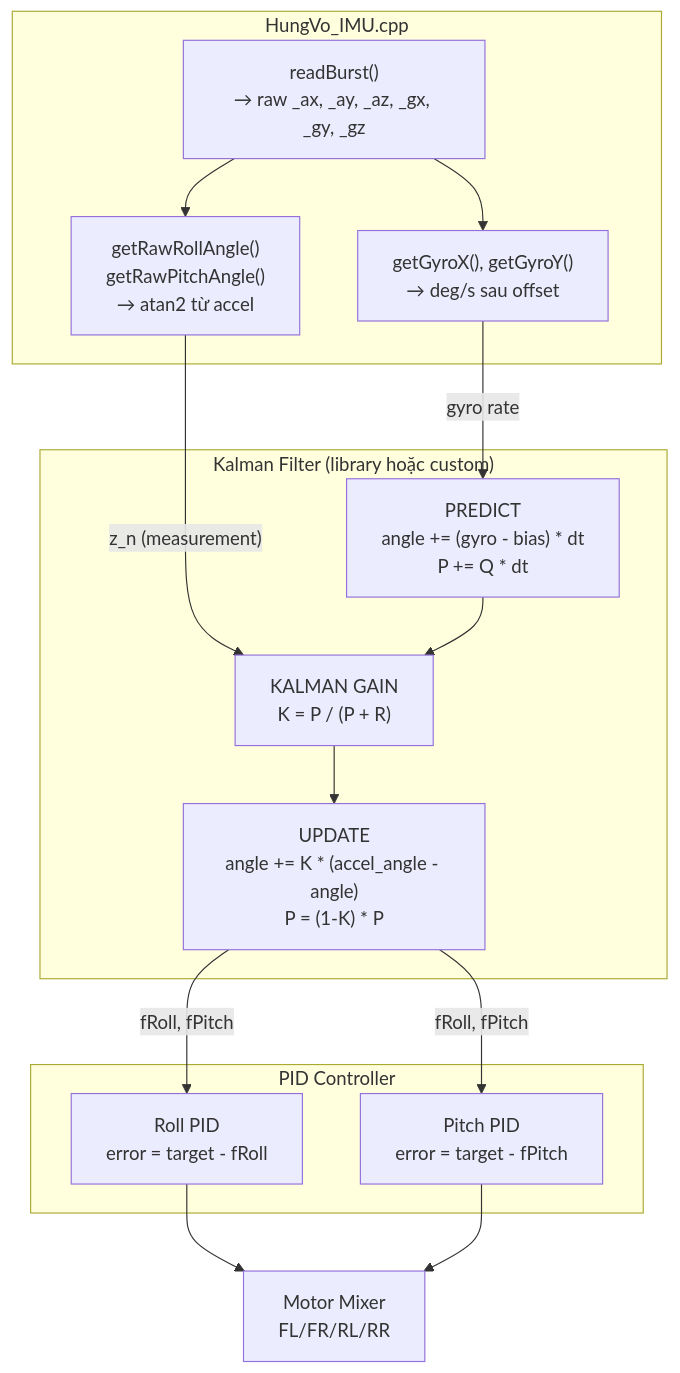
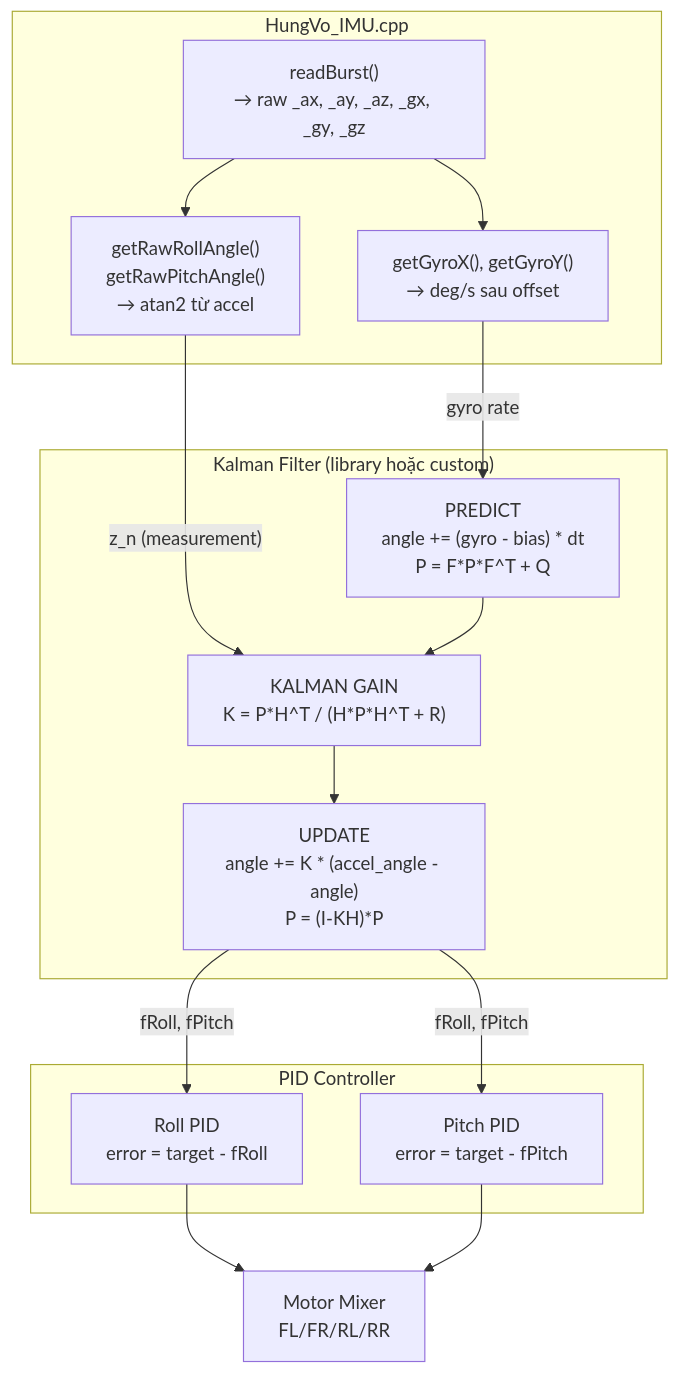
One commit to chinart123/ESP32-Quadcopter changed the tenth of 10 diagrams in docs/M3-docs/Kalman_filter_research-v2.md. Above: the diagram before and after it, drawn with Mermaid. The commit also changed other lines of this file, not shown here.

Commit message:
docs: fix diagram by replacing complex digram by .svg code

````diff
--- a/docs/M3-docs/Kalman_filter_research-v2.md
+++ b/docs/M3-docs/Kalman_filter_research-v2.md
@@ -579,30 +755,30 @@
 ```mermaid
 flowchart TD
     subgraph IMU["HungVo_IMU.cpp"]
         READ["readBurst()<br/>→ raw _ax, _ay, _az, _gx, _gy, _gz"]
         ANGLES["getRawRollAngle()<br/>getRawPitchAngle()<br/>→ atan2 từ accel"]
         GYRO["getGyroX(), getGyroY()<br/>→ deg/s sau offset"]
     end
 
     subgraph KF["Kalman Filter (library hoặc custom)"]
-        PREDICT_KF["PREDICT<br/>angle += (gyro - bias) * dt<br/>P += Q * dt"]
-        GAIN_KF["KALMAN GAIN<br/>K = P / (P + R)"]
-        UPDATE_KF["UPDATE<br/>angle += K * (accel_angle - angle)<br/>P = (1-K) * P"]
+        PREDICT_KF["PREDICT<br/>angle += (gyro - bias) * dt<br/>P = F*P*F^T + Q"]
+        GAIN_KF["KALMAN GAIN<br/>K = P*H^T / (H*P*H^T + R)"]
+        UPDATE_KF["UPDATE<br/>angle += K * (accel_angle - angle)<br/>P = (I-KH)*P"]
     end
 
     subgraph PID["PID Controller"]
         ROLL_PID["Roll PID<br/>error = target - fRoll"]
         PITCH_PID["Pitch PID<br/>error = target - fPitch"]
     end
 
     READ --> ANGLES
     READ --> GYRO
     ANGLES -->|"z_n (measurement)"| GAIN_KF
     GYRO -->|"gyro rate"| PREDICT_KF
     PREDICT_KF --> GAIN_KF
     GAIN_KF --> UPDATE_KF
     UPDATE_KF -->|"fRoll, fPitch"| ROLL_PID
     UPDATE_KF -->|"fRoll, fPitch"| PITCH_PID
     ROLL_PID --> MIXER["Motor Mixer<br/>FL/FR/RL/RR"]
     PITCH_PID --> MIXER
 ```
````
